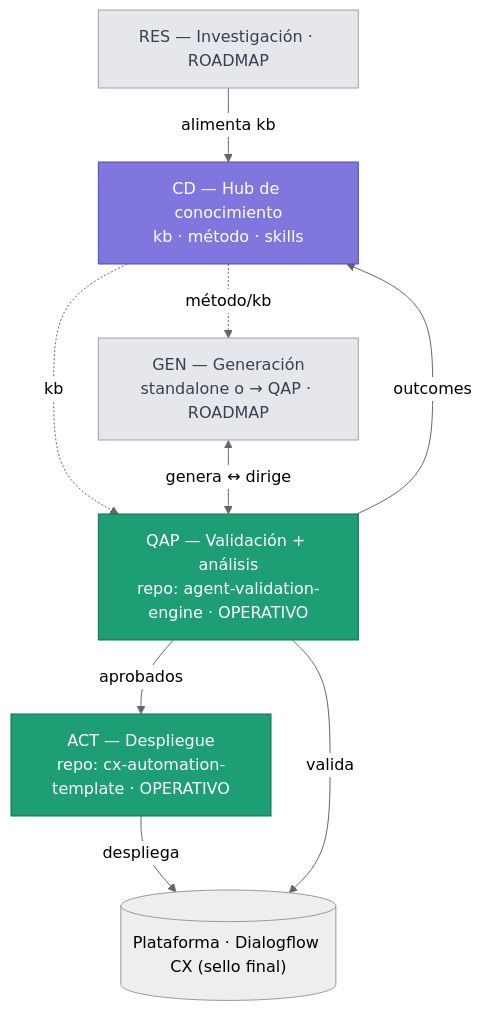
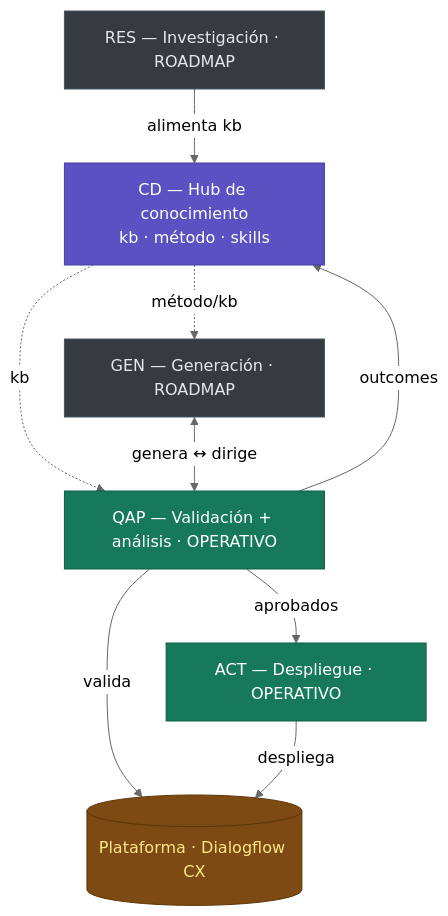
One commit to jeronimosanchez/CD changed the diagram in SISTEMA.md. Above: the diagram before and after it, drawn with Mermaid (neutral theme). The commit also changed other lines of this file and 1 other file, not shown here.

Commit message:
docs(SISTEMA): diagrama como imagen SVG (look fiel) + mermaid editable en desplegable

````diff
--- a/SISTEMA.md
+++ b/SISTEMA.md
@@ -30,26 +35,27 @@
 ```mermaid
 graph TD
     CD["CD — Hub de conocimiento<br/>kb · método · skills"]
-    GEN["GEN — Generación<br/>standalone o → QAP · ROADMAP"]
-    QAP["QAP — Validación + análisis<br/>repo: agent-validation-engine · OPERATIVO"]
-    ACT["ACT — Despliegue<br/>repo: cx-automation-template · OPERATIVO"]
+    GEN["GEN — Generación · ROADMAP"]
+    QAP["QAP — Validación + análisis · OPERATIVO"]
+    ACT["ACT — Despliegue · OPERATIVO"]
     RES["RES — Investigación · ROADMAP"]
-    PLAT[("Plataforma · Dialogflow CX (sello final)")]
+    PLAT[("Plataforma · Dialogflow CX")]
 
     CD -. método/kb .-> GEN
     CD -. kb .-> QAP
-
     GEN <-->|genera ↔ dirige| QAP
     QAP -->|aprobados| ACT
+    QAP -->|valida| PLAT
     ACT -->|despliega| PLAT
-    QAP -->|valida| PLAT
     QAP -->|outcomes| CD
     RES -->|alimenta kb| CD
 
-    classDef op fill:#1D9E75,stroke:#0F6E56,color:#fff
-    classDef rm fill:#E5E7EB,stroke:#9CA3AF,color:#374151
-    classDef hub fill:#7F77DD,stroke:#534AB7,color:#fff
+    classDef op fill:#15795a,stroke:#0f5e46,color:#ffffff
+    classDef rm fill:#363b42,stroke:#4b5563,color:#e5e7eb
+    classDef hub fill:#5b51c2,stroke:#473fa0,color:#ffffff
+    classDef plat fill:#7c4a12,stroke:#5c3608,color:#fde68a
     class QAP,ACT op
     class GEN,RES rm
     class CD hub
+    class PLAT plat
 ```
````
